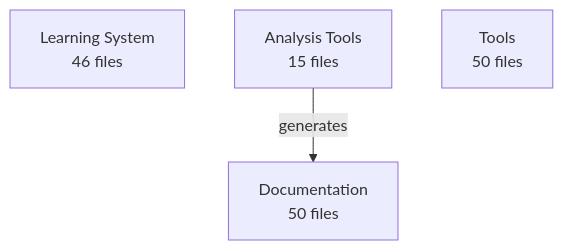
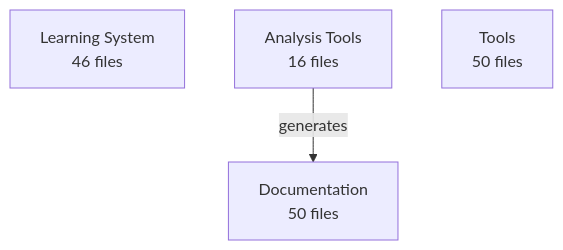
One commit to enufacas/Chained changed the diagram in docs/data/architecture/architecture.mmd. Above: the diagram before and after it, drawn with Mermaid. The commit also changed 6 other files, not shown here.

First line of the commit message:
🏗️ Update architecture evolution tracking

```diff
--- a/docs/data/architecture/architecture.mmd
+++ b/docs/data/architecture/architecture.mmd
@@ -1,6 +1,6 @@
 graph TD
     learning_system[Learning System<br/>46 files]
-    analysis_tools[Analysis Tools<br/>15 files]
+    analysis_tools[Analysis Tools<br/>16 files]
     documentation[Documentation<br/>50 files]
     tools[Tools<br/>50 files]
     analysis_tools -->|generates| documentation
```
